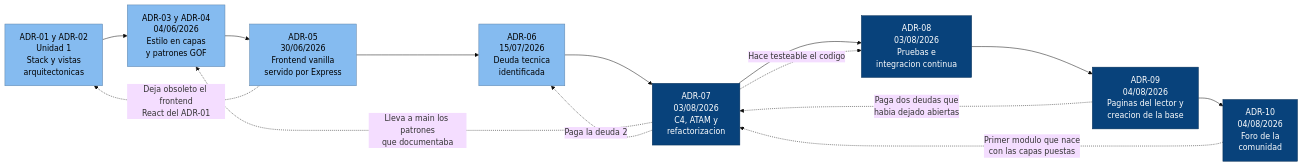
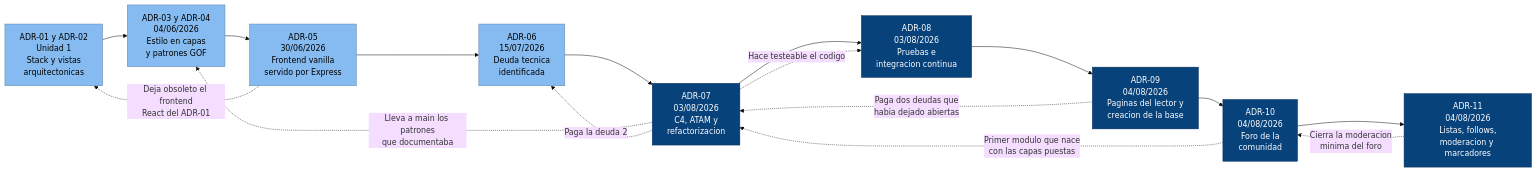
One commit to Robertotec2/MangaView changed the diagram in docs/ADR-registro.md. Above: the diagram before and after it, drawn with Mermaid (base theme). The commit also changed other lines of this file and 2 other files, not shown here.

Commit message:
docs: registrar el ADR-11 de listas, follows y moderacion
Actualiza el registro de ADR y el README con la biblioteca personal.

````diff
--- a/docs/ADR-registro.md
+++ b/docs/ADR-registro.md
@@ -51,25 +52,27 @@
 ```mermaid
 flowchart LR
     u1["ADR-01 y ADR-02<br/>Unidad 1<br/>Stack y vistas<br/>arquitectonicas"]
     u2["ADR-03 y ADR-04<br/>04/06/2026<br/>Estilo en capas<br/>y patrones GOF"]
     u3["ADR-05<br/>30/06/2026<br/>Frontend vanilla<br/>servido por Express"]
     u4["ADR-06<br/>15/07/2026<br/>Deuda tecnica<br/>identificada"]
     u5["ADR-07<br/>03/08/2026<br/>C4, ATAM y<br/>refactorizacion"]
     u6["ADR-08<br/>03/08/2026<br/>Pruebas e<br/>integracion continua"]
     u7["ADR-09<br/>04/08/2026<br/>Paginas del lector y<br/>creacion de la base"]
     u8["ADR-10<br/>04/08/2026<br/>Foro de la<br/>comunidad"]
+    u9["ADR-11<br/>04/08/2026<br/>Listas, follows,<br/>moderacion y marcadores"]
 
-    u1 --> u2 --> u3 --> u4 --> u5 --> u6 --> u7 --> u8
+    u1 --> u2 --> u3 --> u4 --> u5 --> u6 --> u7 --> u8 --> u9
 
     u3 -.->|"Deja obsoleto el frontend<br/>React del ADR-01"| u1
     u5 -.->|"Lleva a main los patrones<br/>que documentaba"| u2
     u5 -.->|"Paga la deuda 2"| u4
     u5 -.->|"Hace testeable el codigo"| u6
     u7 -.->|"Paga dos deudas que<br/>habia dejado abiertas"| u5
     u8 -.->|"Primer modulo que nace<br/>con las capas puestas"| u5
+    u9 -.->|"Cierra la moderacion<br/>minima del foro"| u8
 
     classDef pasado fill:#85bbf0,stroke:#5d82a8,color:#000000
     classDef actual fill:#08427b,stroke:#052e56,color:#ffffff
     class u1,u2,u3,u4 pasado
-    class u5,u6,u7,u8 actual
+    class u5,u6,u7,u8,u9 actual
 ```
````
